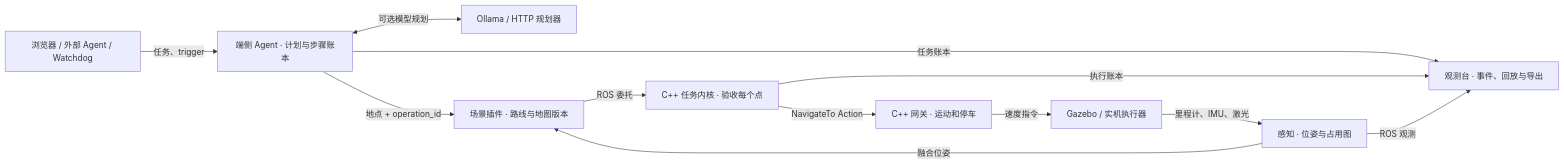
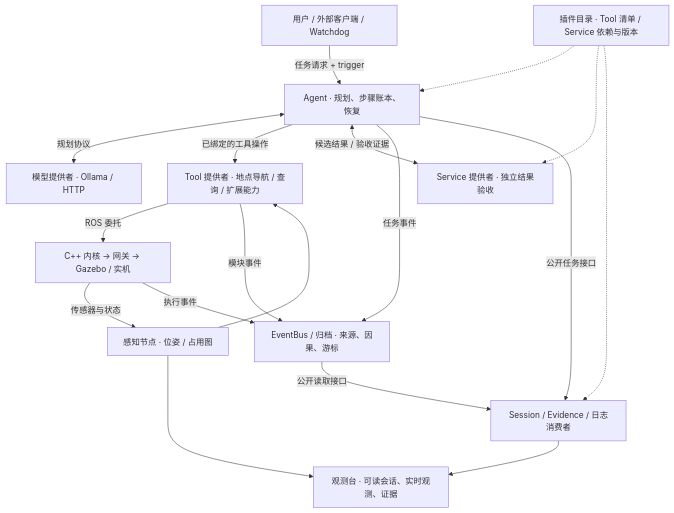
The diagram in README.md (SUSTechWLA/edge-agent-ros), drawn with Mermaid before and after one commit. The commit also changed other lines of this file and 9 other files, not shown here.

````diff
--- a/README.md
+++ b/README.md
@@ -45,14 +71,20 @@
 ```mermaid
-flowchart LR
-    U["浏览器 / 外部 Agent / Watchdog"] -->|"任务、trigger"| A["端侧 Agent · 计划与步骤账本"]
-    A <-->|"可选模型规划"| L["Ollama / HTTP 规划器"]
-    A -->|"地点 + operation_id"| S["场景插件 · 路线与地图版本"]
-    S -->|"ROS 委托"| C["C++ 任务内核 · 验收每个点"]
-    C -->|"NavigateTo Action"| G["C++ 网关 · 运动和停车"]
-    G -->|"速度指令"| R["Gazebo / 实机执行器"]
-    R -->|"里程计、IMU、激光"| P["感知 · 位姿与占用图"]
-    P -->|"融合位姿"| S
-    A -->|"任务账本"| O["观测台 · 事件、回放与导出"]
-    C -->|"执行账本"| O
-    P -->|"ROS 观测"| O
+flowchart TB
+    U["用户 / 外部客户端 / Watchdog"] -->|"任务请求 + trigger"| A["Agent · 规划、步骤账本、恢复"]
+    A <-->|"规划协议"| M["模型提供者 · Ollama / HTTP"]
+    A -->|"已绑定的工具操作"| T["Tool 提供者 · 地点导航 / 查询 / 扩展能力"]
+    D["插件目录 · Tool 清单 / Service 依赖与版本"] -.-> A
+    D -.-> V["Service 提供者 · 独立结果验收"]
+    A <-->|"候选结果 / 验收证据"| V
+    T -->|"ROS 委托"| C["C++ 内核 → 网关 → Gazebo / 实机"]
+    C -->|"传感器与状态"| P["感知节点 · 位姿 / 占用图"]
+    P --> T
+    A -->|"任务事件"| E["EventBus / 归档 · 来源、因果、游标"]
+    C -->|"执行事件"| E
+    T -->|"模块事件"| E
+    E -->|"公开读取接口"| S["Session / Evidence / 日志消费者"]
+    A -->|"公开任务接口"| S
+    D -.-> S
+    S --> O["观测台 · 可读会话、实时观测、证据"]
+    P --> O
 ```
````
